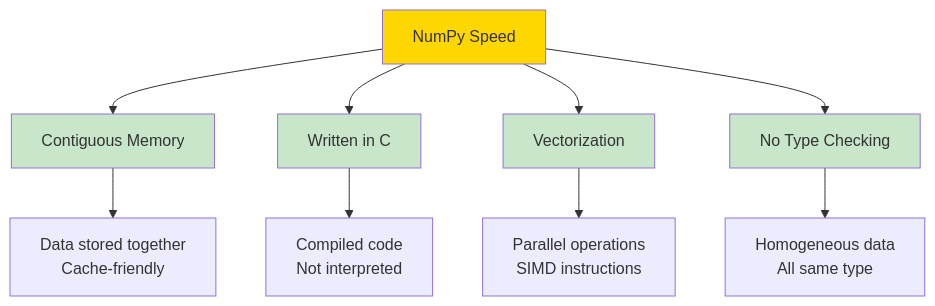
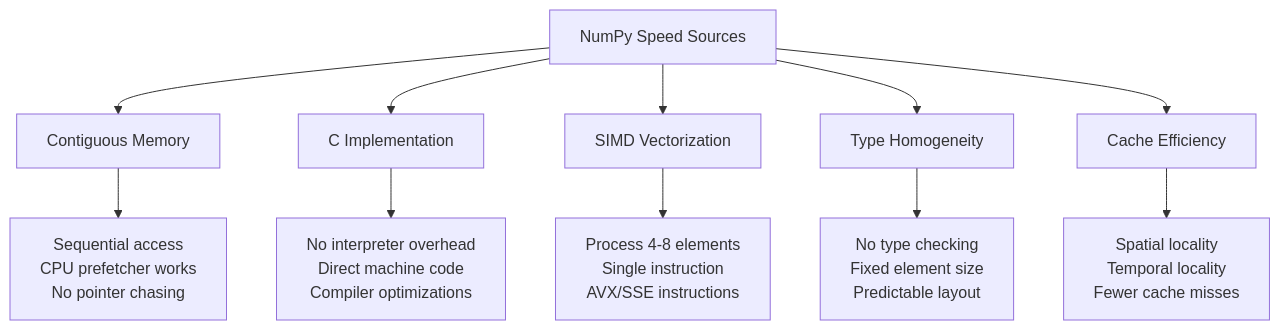
The second of 10 diagrams in 01-Foundations/NumPy/README.md (subhashdixit/data-science-ai-learning-vault), drawn with Mermaid before and after one commit. The commit also changed other lines of this file, not shown here.

First line of the commit message:
Deep dive into NumPy performance: SIMD, cache, and memory layout

````diff
--- a/01-Foundations/NumPy/README.md
+++ b/01-Foundations/NumPy/README.md
@@ -71,18 +110,14 @@
 ```mermaid
 graph TD
-    A[NumPy Speed] --> B[Contiguous Memory]
-    A --> C[Written in C]
-    A --> D[Vectorization]
-    A --> E[No Type Checking]
+    A[NumPy Speed Sources] --> B[Contiguous Memory]
+    A --> C[C Implementation]
+    A --> D[SIMD Vectorization]
+    A --> E[Type Homogeneity]
+    A --> F[Cache Efficiency]
     
-    B --> F[Data stored together<br/>Cache-friendly]
-    C --> G[Compiled code<br/>Not interpreted]
-    D --> H[Parallel operations<br/>SIMD instructions]
-    E --> I[Homogeneous data<br/>All same type]
-    
-    style A fill:#ffd700
-    style B fill:#c8e6c9
-    style C fill:#c8e6c9
-    style D fill:#c8e6c9
-    style E fill:#c8e6c9
+    B --> B1[Sequential access<br/>CPU prefetcher works<br/>No pointer chasing]
+    C --> C1[No interpreter overhead<br/>Direct machine code<br/>Compiler optimizations]
+    D --> D1[Process 4-8 elements<br/>Single instruction<br/>AVX/SSE instructions]
+    E --> E1[No type checking<br/>Fixed element size<br/>Predictable layout]
+    F --> F1[Spatial locality<br/>Temporal locality<br/>Fewer cache misses]
 ```
````
